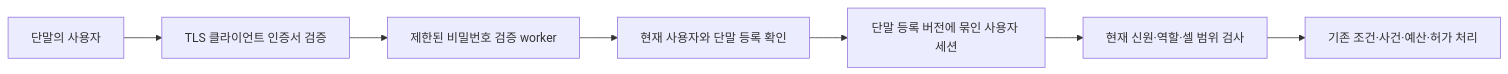
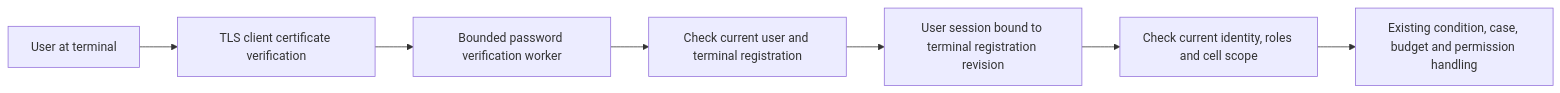
One commit to jack0682/rx-platform changed the diagram in crates/rx-application/TERMINAL_IDENTITY.md. Above: the diagram before and after it, drawn with Mermaid. The commit also changed other lines of this file and 103 other files, not shown here.

````diff
--- a/crates/rx-application/TERMINAL_IDENTITY.md
+++ b/crates/rx-application/TERMINAL_IDENTITY.md
@@ -7,9 +7,9 @@
 ```mermaid
 flowchart LR
-    Browser[단말의 사용자] --> TLS[TLS 클라이언트 인증서 검증]
-    TLS --> Password[제한된 비밀번호 검증 worker]
-    Password --> Writer[현재 사용자와 단말 등록 확인]
-    Writer --> Session[단말 등록 버전에 묶인 사용자 세션]
-    Session --> Command[현재 신원·역할·셀 범위 검사]
-    Command --> Authority[기존 조건·사건·예산·허가 처리]
+    Browser[User at terminal] --> TLS[TLS client certificate verification]
+    TLS --> Password[Bounded password verification worker]
+    Password --> Writer[Check current user and terminal registration]
+    Writer --> Session[User session bound to terminal registration revision]
+    Session --> Command[Check current identity, roles and cell scope]
+    Command --> Authority[Existing condition, case, budget and permission handling]
 ```
````
